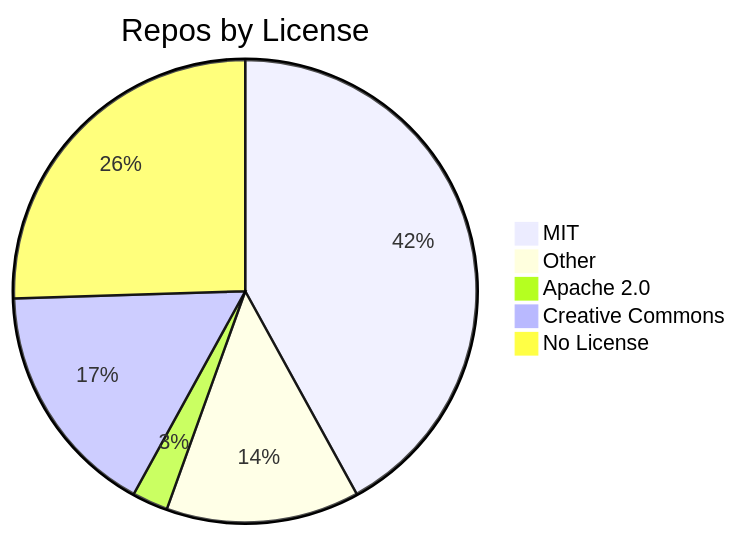
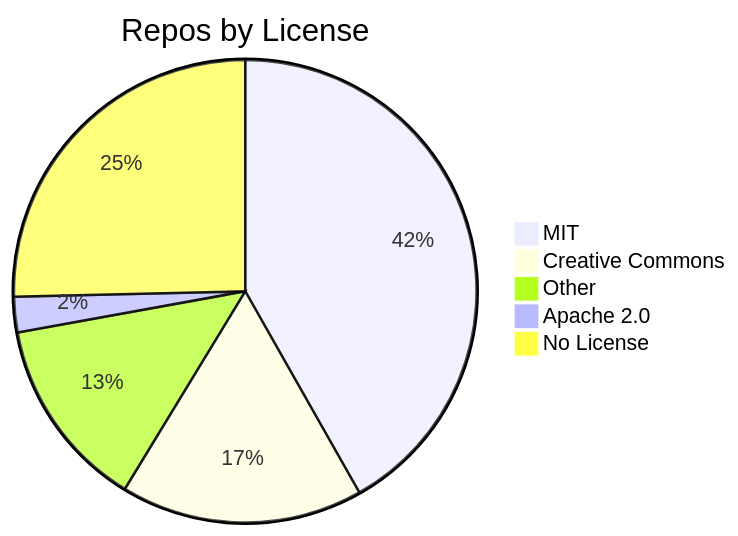
Before and after one commit to jpatterson933/awesome-mcp-server-repo-index: the diagram in README.md, drawn with Mermaid. The commit also changed other lines of this file and 7 other files, not shown here.

````diff
--- a/README.md
+++ b/README.md
@@ -31,8 +31,8 @@
 ```mermaid
 pie title Repos by License
     "MIT" : 84
+    "Creative Commons" : 34
     "Other" : 27
     "Apache 2.0" : 5
-    "Creative Commons" : 33
     "No License" : 51
 ```
````
